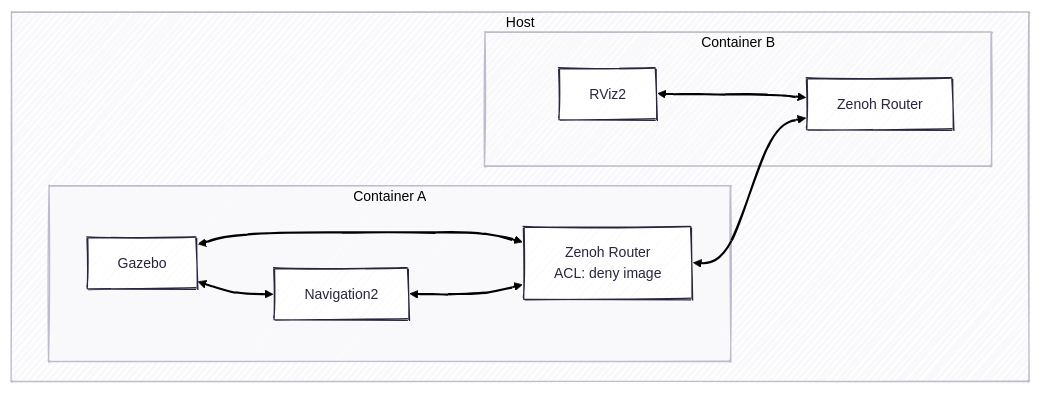
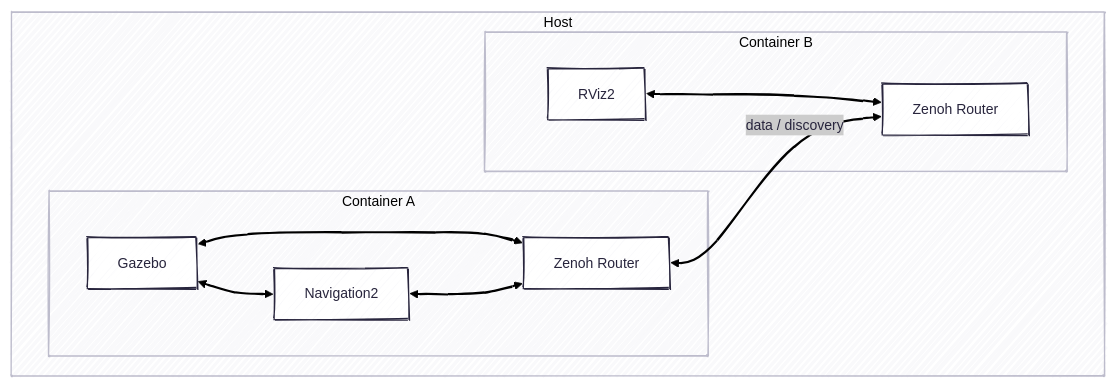
The diagram in exercises/ex-4.md (bresilla/roscon2025_workshop), drawn with Mermaid before and after one commit. The commit also changed other lines of this file and 9 other files, not shown here.

````diff
--- a/exercises/ex-4.md
+++ b/exercises/ex-4.md
@@ -7,20 +5,20 @@
 ```mermaid
 ---
 config:
   theme: redux
   look: handDrawn
   layout: dagre
 ---
 graph TD
 subgraph Host
     subgraph Container A
-        sim1["Gazebo"] <--> zr1["Zenoh Router</br>ACL: deny image"]
+        sim1["Gazebo"] <--> zr1["Zenoh Router"]
         nav1["Navigation2"] <--> zr1
         sim1 <--> nav1
     end
     subgraph Container B
         rv2["RViz2"] <--> zr2["Zenoh Router"]
     end
-    zr1 <--> zr2
+    zr1 <-- data / discovery --> zr2
 end
 ```
````
